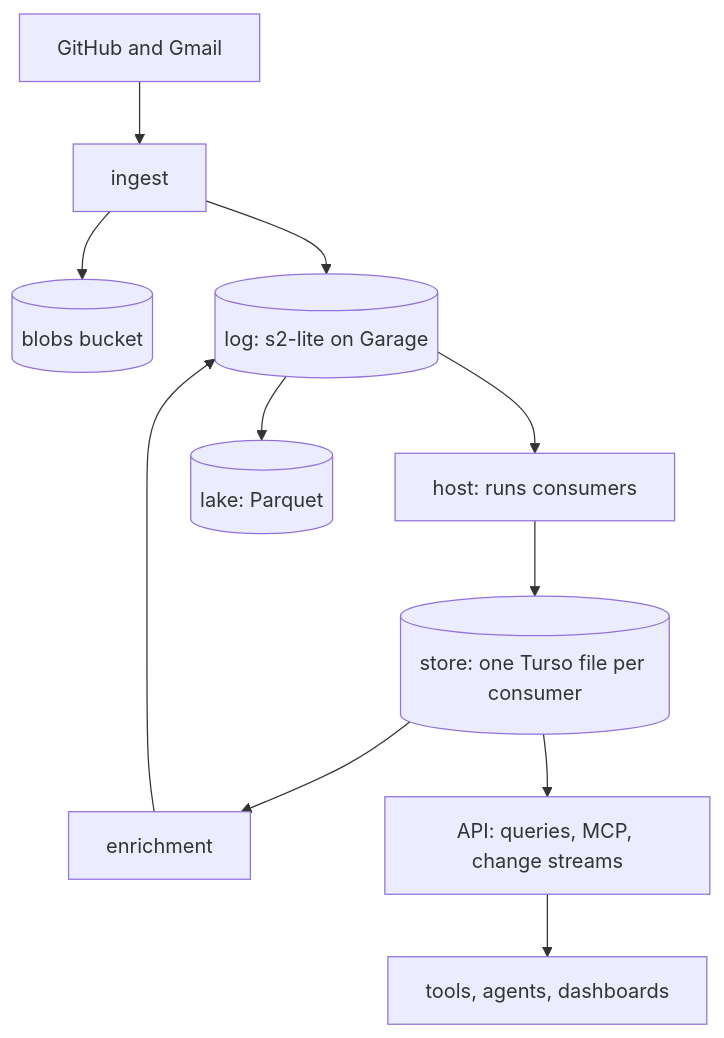
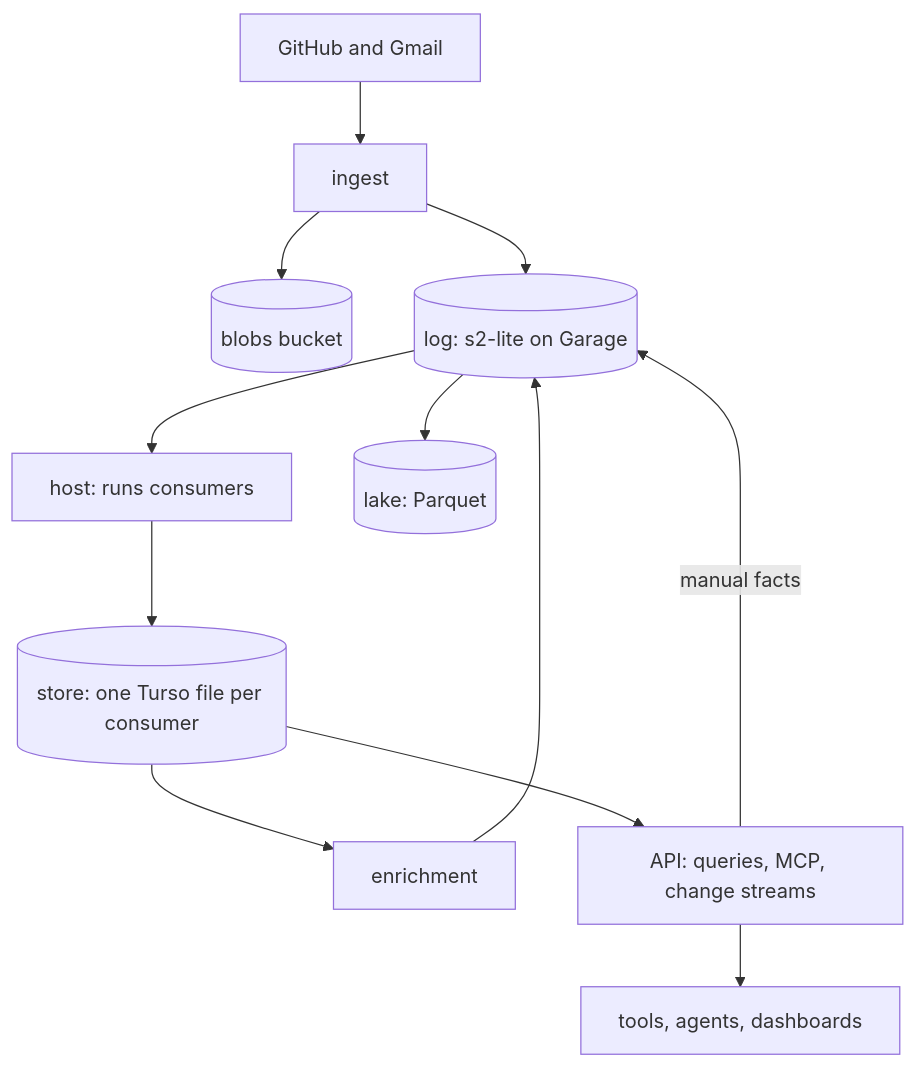
The diagram in docs/design/pepys/README.md (zgeoff/pepys), drawn with Mermaid before and after one commit. The commit also changed 4 other files, not shown here.

````diff
--- a/docs/design/pepys/README.md
+++ b/docs/design/pepys/README.md
@@ -32,13 +32,14 @@
 ```mermaid
 flowchart TD
   sources[GitHub and Gmail] --> ingest
   ingest --> blobs[(blobs bucket)]
   ingest --> log[(log: s2-lite on Garage)]
   log --> host[host: runs consumers]
   host --> store[(store: one Turso file per consumer)]
   store --> enrichment
   enrichment --> log
   store --> api[API: queries, MCP, change streams]
+  api -- manual facts --> log
   api --> clients[tools, agents, dashboards]
   log --> lake[(lake: Parquet)]
 ```
````
